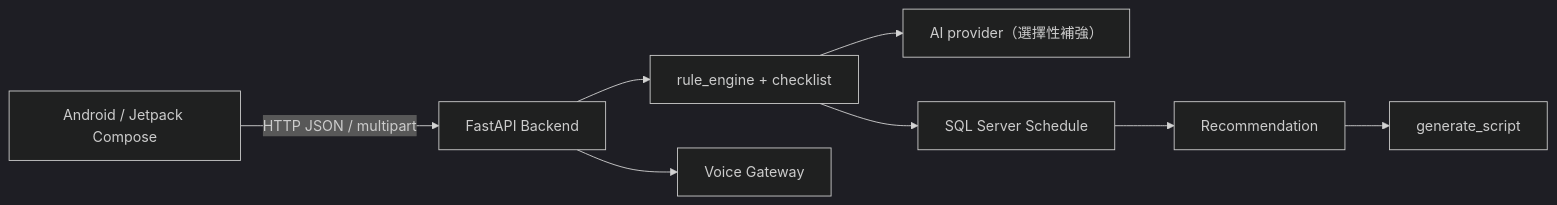
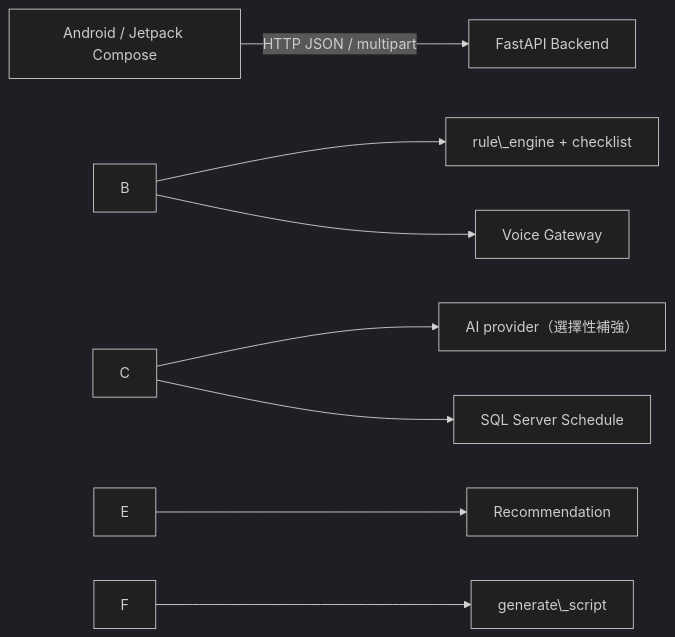
Before and after one commit to Alissa268/MyLittleWorld: the diagram in README.md, drawn with Mermaid (dark theme). The commit also changed other lines of this file and 1 other file, not shown here.

Commit message:
Update New Android Backend

````diff
--- a/README.md
+++ b/README.md
@@ -20,10 +20,10 @@
 ```mermaid
 flowchart LR
-    A["Android / Jetpack Compose"] -->|HTTP JSON / multipart| B["FastAPI Backend"]
-    B --> C["rule_engine + checklist"]
-    C --> D["AI provider（選擇性補強）"]
-    C --> E["SQL Server Schedule"]
-    E --> F["Recommendation"]
-    F --> G["generate_script"]
-    B --> H["Voice Gateway"]
+    A\["Android / Jetpack Compose"] -->|HTTP JSON / multipart| B\["FastAPI Backend"]
+    B --> C\["rule\_engine + checklist"]
+    C --> D\["AI provider（選擇性補強）"]
+    C --> E\["SQL Server Schedule"]
+    E --> F\["Recommendation"]
+    F --> G\["generate\_script"]
+    B --> H\["Voice Gateway"]
 ```
````
